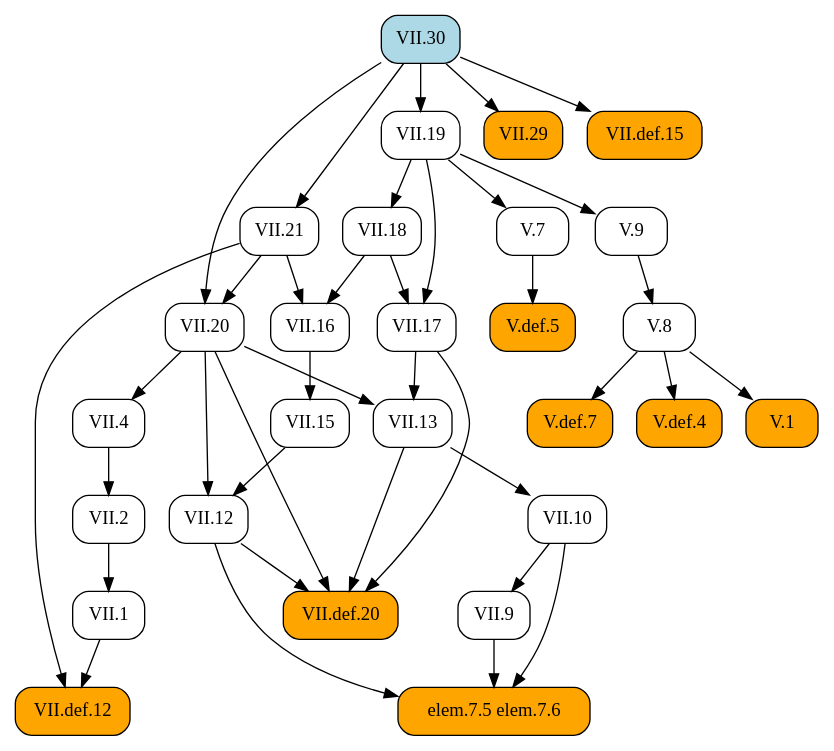
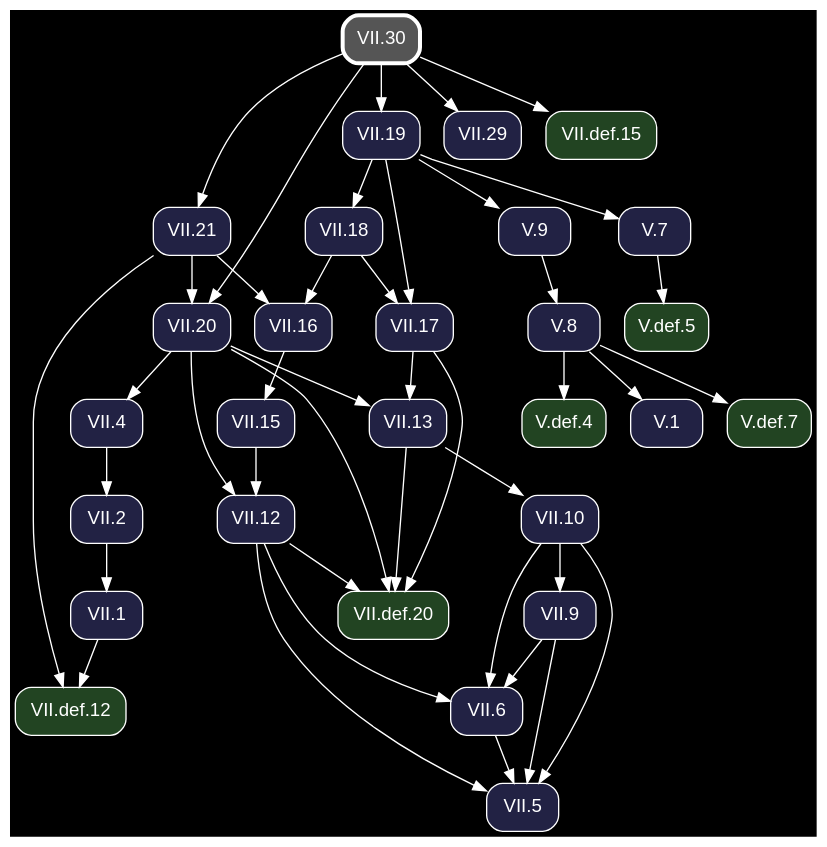
Before and after one commit to geometor/elements: the diagram in docsrc/heath/VII/30/index.rst, drawn with Graphviz. The commit also changed other lines of this file and 1200 other files, not shown here.

Commit message:
update dependency graphs

```diff
--- a/docsrc/heath/VII/30/index.rst
+++ b/docsrc/heath/VII/30/index.rst
@@ -42,70 +42,77 @@
 .. graphviz::
 
    digraph {
+     bgcolor="black";
+     node [shape=box, style="rounded,filled", fontname="Helvetica", color="white", fontcolor="white"];
+     edge [color="white", fontcolor="white"];
      rankdir="TB";
-     node [shape=box, style=rounded];
-     "VII.12" [URL="/heath/VII/12/", target="_top"];
-     "elem.7.5 elem.7.6" [style="rounded,filled", fillcolor=orange];
-     "V.def.7" [style="rounded,filled", fillcolor=orange, URL="/heath/V/def.7/", target="_top"];
-     "VII.30" [style="rounded,filled", fillcolor=lightblue, URL="/heath/VII/30/", target="_top"];
-     "VII.9" [URL="/heath/VII/9/", target="_top"];
-     "VII.18" [URL="/heath/VII/18/", target="_top"];
-     "VII.16" [URL="/heath/VII/16/", target="_top"];
-     "V.7" [URL="/heath/V/7/", target="_top"];
-     "VII.21" [URL="/heath/VII/21/", target="_top"];
-     "V.def.5" [style="rounded,filled", fillcolor=orange, URL="/heath/V/def.5/", target="_top"];
-     "V.def.4" [style="rounded,filled", fillcolor=orange, URL="/heath/V/def.4/", target="_top"];
-     "V.9" [URL="/heath/V/9/", target="_top"];
-     "VII.1" [URL="/heath/VII/1/", target="_top"];
-     "VII.10" [URL="/heath/VII/10/", target="_top"];
-     "V.8" [URL="/heath/V/8/", target="_top"];
-     "VII.13" [URL="/heath/VII/13/", target="_top"];
-     "VII.4" [URL="/heath/VII/4/", target="_top"];
-     "VII.def.12" [style="rounded,filled", fillcolor=orange, URL="/heath/VII/def.12/", target="_top"];
-     "VII.20" [URL="/heath/VII/20/", target="_top"];
-     "V.1" [style="rounded,filled", fillcolor=orange, URL="/heath/V/1/", target="_top"];
-     "VII.29" [style="rounded,filled", fillcolor=orange, URL="/heath/VII/29/", target="_top"];
-     "VII.def.15" [style="rounded,filled", fillcolor=orange, URL="/heath/VII/def.15/", target="_top"];
-     "VII.17" [URL="/heath/VII/17/", target="_top"];
-     "VII.19" [URL="/heath/VII/19/", target="_top"];
-     "VII.2" [URL="/heath/VII/2/", target="_top"];
-     "VII.def.20" [style="rounded,filled", fillcolor=orange, URL="/heath/VII/def.20/", target="_top"];
-     "VII.15" [URL="/heath/VII/15/", target="_top"];
-     "VII.15" -> "VII.12";
-     "VII.20" -> "VII.12";
-     "VII.9" -> "elem.7.5 elem.7.6";
-     "VII.10" -> "elem.7.5 elem.7.6";
-     "VII.12" -> "elem.7.5 elem.7.6";
+     "V.def.5" [fillcolor="#224422", URL="/heath/V/def.5/", target="_top"];
+     "V.def.7" [fillcolor="#224422", URL="/heath/V/def.7/", target="_top"];
+     "VII.20" [fillcolor="#222244", URL="/heath/VII/20/", target="_top"];
+     "VII.29" [fillcolor="#222244", URL="/heath/VII/29/", target="_top"];
+     "VII.18" [fillcolor="#222244", URL="/heath/VII/18/", target="_top"];
+     "VII.2" [fillcolor="#222244", URL="/heath/VII/2/", target="_top"];
+     "V.def.4" [fillcolor="#224422", URL="/heath/V/def.4/", target="_top"];
+     "VII.5" [fillcolor="#222244", URL="/heath/VII/5/", target="_top"];
+     "VII.def.20" [fillcolor="#224422", URL="/heath/VII/def.20/", target="_top"];
+     "VII.def.15" [fillcolor="#224422", URL="/heath/VII/def.15/", target="_top"];
+     "VII.1" [fillcolor="#222244", URL="/heath/VII/1/", target="_top"];
+     "VII.6" [fillcolor="#222244", URL="/heath/VII/6/", target="_top"];
+     "VII.16" [fillcolor="#222244", URL="/heath/VII/16/", target="_top"];
+     "VII.15" [fillcolor="#222244", URL="/heath/VII/15/", target="_top"];
+     "VII.13" [fillcolor="#222244", URL="/heath/VII/13/", target="_top"];
+     "V.1" [fillcolor="#222244", URL="/heath/V/1/", target="_top"];
+     "VII.10" [fillcolor="#222244", URL="/heath/VII/10/", target="_top"];
+     "VII.4" [fillcolor="#222244", URL="/heath/VII/4/", target="_top"];
+     "VII.def.12" [fillcolor="#224422", URL="/heath/VII/def.12/", target="_top"];
+     "VII.19" [fillcolor="#222244", URL="/heath/VII/19/", target="_top"];
+     "V.8" [fillcolor="#222244", URL="/heath/V/8/", target="_top"];
+     "VII.21" [fillcolor="#222244", URL="/heath/VII/21/", target="_top"];
+     "VII.9" [fillcolor="#222244", URL="/heath/VII/9/", target="_top"];
+     "V.7" [fillcolor="#222244", URL="/heath/V/7/", target="_top"];
+     "VII.12" [fillcolor="#222244", URL="/heath/VII/12/", target="_top"];
+     "VII.30" [penwidth=3, color="white", fillcolor="#555555", URL="/heath/VII/30/", target="_top"];
+     "V.9" [fillcolor="#222244", URL="/heath/V/9/", target="_top"];
+     "VII.17" [fillcolor="#222244", URL="/heath/VII/17/", target="_top"];
+     "V.7" -> "V.def.5";
      "V.8" -> "V.def.7";
-     "VII.10" -> "VII.9";
-     "VII.19" -> "VII.18";
-     "VII.18" -> "VII.16";
-     "VII.21" -> "VII.16";
-     "VII.19" -> "V.7";
-     "VII.30" -> "VII.21";
-     "V.7" -> "V.def.5";
-     "V.8" -> "V.def.4";
-     "VII.19" -> "V.9";
-     "VII.2" -> "VII.1";
-     "VII.13" -> "VII.10";
-     "V.9" -> "V.8";
-     "VII.17" -> "VII.13";
-     "VII.20" -> "VII.13";
-     "VII.20" -> "VII.4";
-     "VII.1" -> "VII.def.12";
-     "VII.21" -> "VII.def.12";
      "VII.21" -> "VII.20";
      "VII.30" -> "VII.20";
-     "V.8" -> "V.1";
      "VII.30" -> "VII.29";
-     "VII.30" -> "VII.def.15";
-     "VII.18" -> "VII.17";
-     "VII.19" -> "VII.17";
-     "VII.30" -> "VII.19";
+     "VII.19" -> "VII.18";
      "VII.4" -> "VII.2";
+     "V.8" -> "V.def.4";
+     "VII.6" -> "VII.5";
+     "VII.9" -> "VII.5";
+     "VII.10" -> "VII.5";
+     "VII.12" -> "VII.5";
      "VII.12" -> "VII.def.20";
      "VII.13" -> "VII.def.20";
      "VII.17" -> "VII.def.20";
      "VII.20" -> "VII.def.20";
+     "VII.30" -> "VII.def.15";
+     "VII.2" -> "VII.1";
+     "VII.9" -> "VII.6";
+     "VII.10" -> "VII.6";
+     "VII.12" -> "VII.6";
+     "VII.18" -> "VII.16";
+     "VII.21" -> "VII.16";
      "VII.16" -> "VII.15";
+     "VII.17" -> "VII.13";
+     "VII.20" -> "VII.13";
+     "V.8" -> "V.1";
+     "VII.13" -> "VII.10";
+     "VII.20" -> "VII.4";
+     "VII.1" -> "VII.def.12";
+     "VII.21" -> "VII.def.12";
+     "VII.30" -> "VII.19";
+     "V.9" -> "V.8";
+     "VII.30" -> "VII.21";
+     "VII.10" -> "VII.9";
+     "VII.19" -> "V.7";
+     "VII.15" -> "VII.12";
+     "VII.20" -> "VII.12";
+     "VII.19" -> "V.9";
+     "VII.18" -> "VII.17";
+     "VII.19" -> "VII.17";
    }
```
